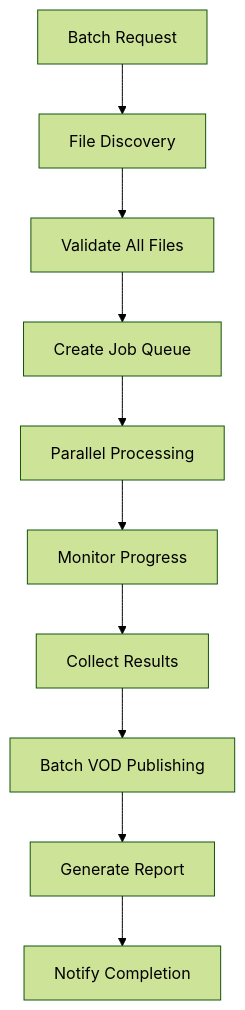
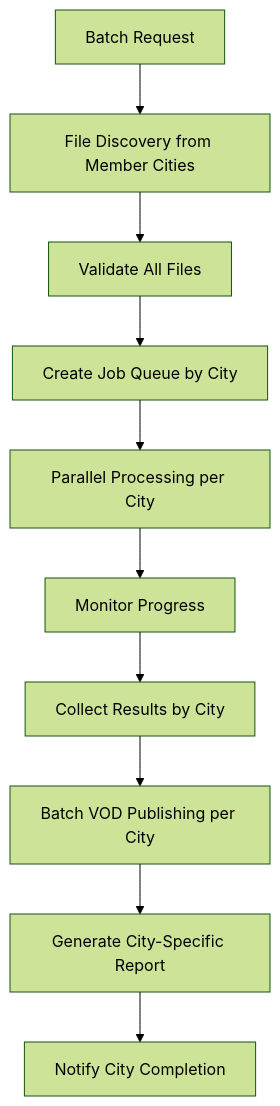
One commit to SCC-Dev-256/Archivist changed the second of 5 diagrams in docs/WORKFLOW_DOCUMENTATION.md. Above: the diagram before and after it, drawn with Mermaid (forest theme). The commit also changed other lines of this file and 6 other files, not shown here.

````diff
--- a/docs/WORKFLOW_DOCUMENTATION.md
+++ b/docs/WORKFLOW_DOCUMENTATION.md
@@ -169,12 +169,12 @@
 ```mermaid
 flowchart TD
-    A[Batch Request] --> B[File Discovery]
+    A[Batch Request] --> B[File Discovery from Member Cities]
     B --> C[Validate All Files]
-    C --> D[Create Job Queue]
-    D --> E[Parallel Processing]
+    C --> D[Create Job Queue by City]
+    D --> E[Parallel Processing per City]
     E --> F[Monitor Progress]
-    F --> G[Collect Results]
-    G --> H[Batch VOD Publishing]
-    H --> I[Generate Report]
-    I --> J[Notify Completion]
+    F --> G[Collect Results by City]
+    G --> H[Batch VOD Publishing per City]
+    H --> I[Generate City-Specific Report]
+    I --> J[Notify City Completion]
 ```
````
